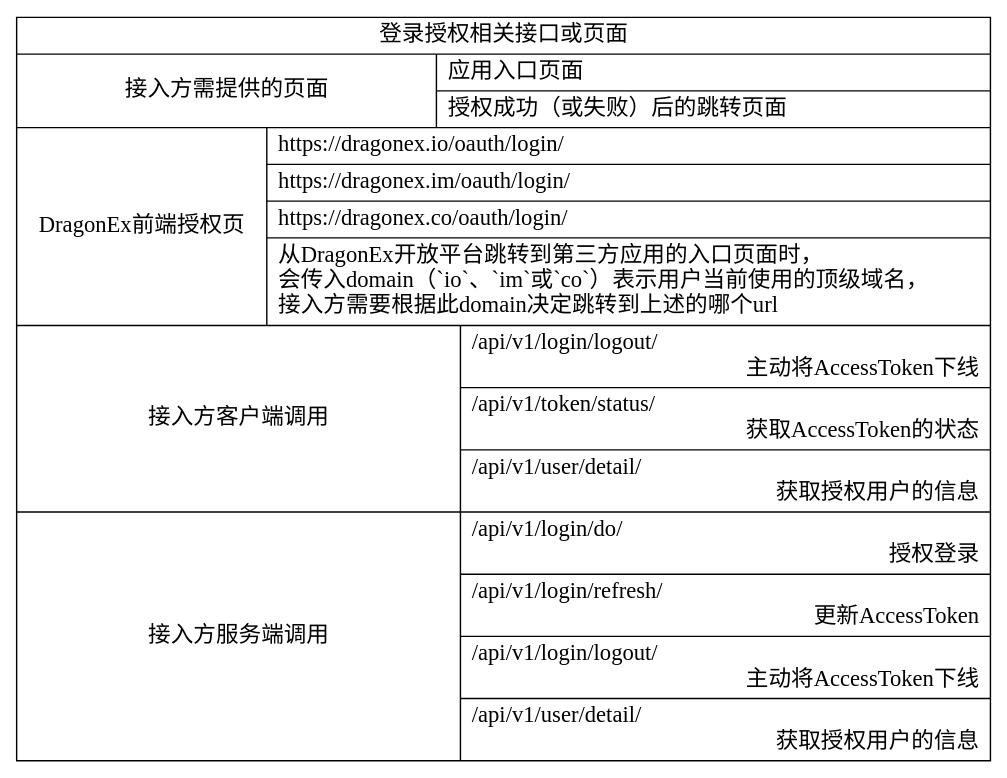
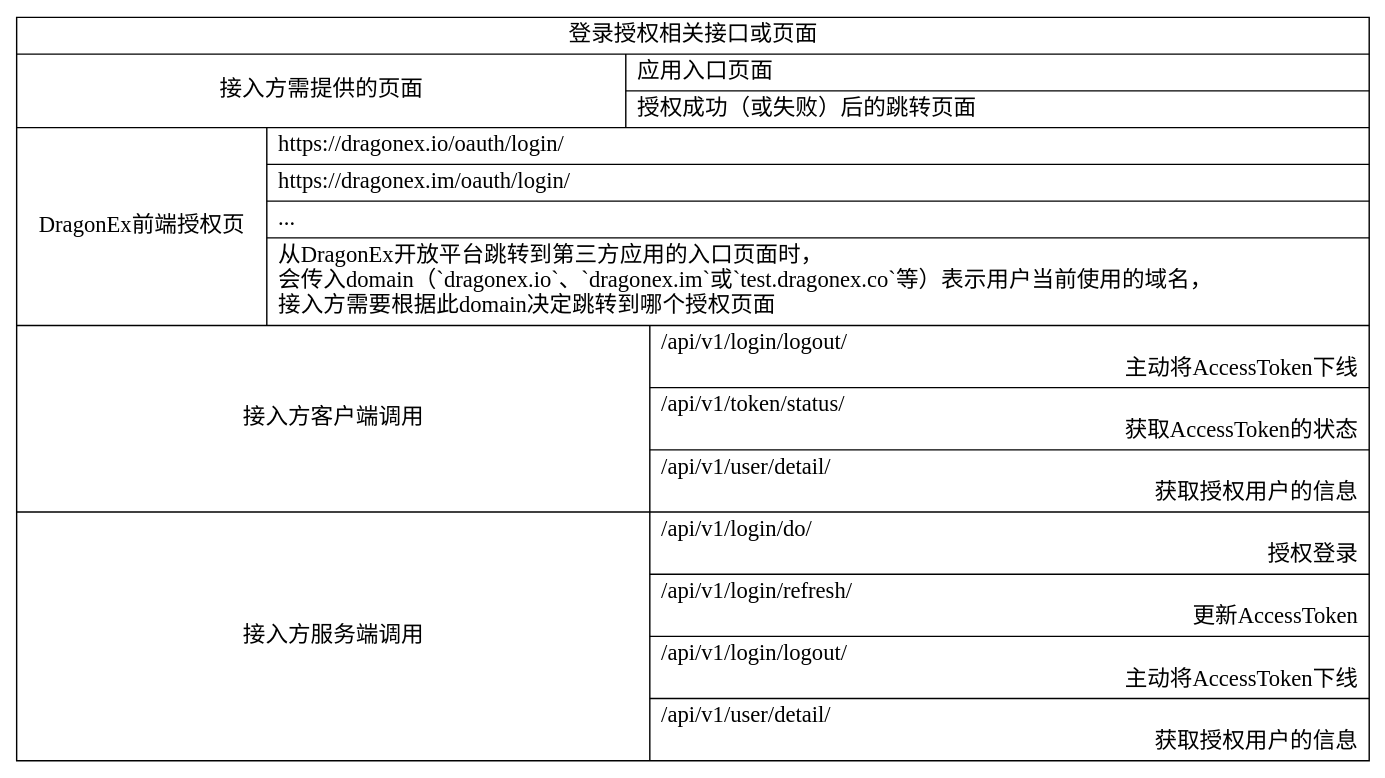
The diagram in docs/cn/images/login_apis.dot (Dragonexio/OAuth), drawn with Graphviz before and after one commit. The commit also changed 1 other file, not shown here.

```diff
--- a/docs/cn/images/login_apis.dot
+++ b/docs/cn/images/login_apis.dot
@@ -1,52 +1,52 @@
 digraph g {
 graph [
     rankdir = "LR"
 ];
 
 node [
     fontsize = "16"
     shape=record
 ];
 
 LoginApis [
     label = "登录授权相关接口或页面
     | {
         接入方需提供的页面 |
         {
             应用入口页面 \l
             | 授权成功（或失败）后的跳转页面\l
         }
     }
 
     | {
         DragonEx前端授权页 |
         {
             https://dragonex.io/oauth/login/ \l
             | https://dragonex.im/oauth/login/ \l
-            | https://dragonex.co/oauth/login/ \l
-            | 从DragonEx开放平台跳转到第三方应用的入口页面时，\l会传入domain（`io`、`im`或`co`）表示用户当前使用的顶级域名，\l
-            接入方需要根据此domain决定跳转到上述的哪个url\l
+            | ... \l
+            | 从DragonEx开放平台跳转到第三方应用的入口页面时，\l会传入domain（`dragonex.io`、`dragonex.im`或`test.dragonex.co`等）表示用户当前使用的域名，\l
+            接入方需要根据此domain决定跳转到哪个授权页面\l
         }
     }
     
     | {
         接入方客户端调用 | 
         {
             /api/v1/login/logout/ \l 主动将AccessToken下线\r
             | /api/v1/token/status/ \l 获取AccessToken的状态\r
             | /api/v1/user/detail/ \l 获取授权用户的信息\r
         }            
     }
 
     | {
         接入方服务端调用 | 
         {
             /api/v1/login/do/ \l 授权登录\r
             | /api/v1/login/refresh/ \l 更新AccessToken\r
             | /api/v1/login/logout/ \l 主动将AccessToken下线\r
             | /api/v1/user/detail/ \l 获取授权用户的信息\r
         }
     }
     "
 ]
 }
```
